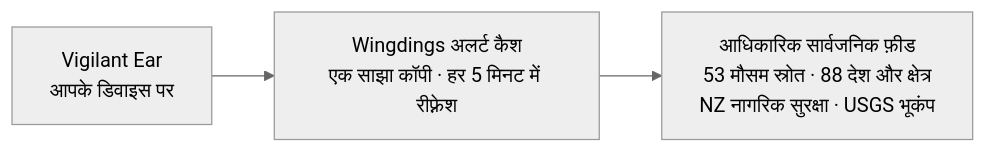
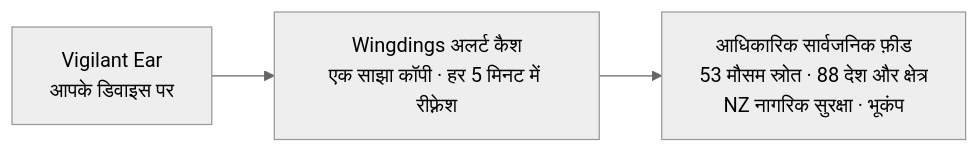
One commit to rpalm01-star/VigilantEarLegal changed the fourth of 4 diagrams in README_hi.md. Above: the diagram before and after it, drawn with Mermaid (neutral theme). The commit also changed other lines of this file and 47 other files, not shown here.

````diff
--- a/README_hi.md
+++ b/README_hi.md
@@ -171,5 +171,5 @@
 ```mermaid
 graph LR
     P1["Vigilant Ear<br/>आपके डिवाइस पर"] --> W["Wingdings अलर्ट कैश<br/>एक साझा कॉपी · हर 5 मिनट में रीफ़्रेश"]
-    W --> N["आधिकारिक सार्वजनिक फ़ीड<br/>53 मौसम स्रोत · 88 देश और क्षेत्र<br/>NZ नागरिक सुरक्षा · USGS भूकंप"]
+    W --> N["आधिकारिक सार्वजनिक फ़ीड<br/>53 मौसम स्रोत · 88 देश और क्षेत्र<br/>NZ नागरिक सुरक्षा · भूकंप"]
 ```
````
